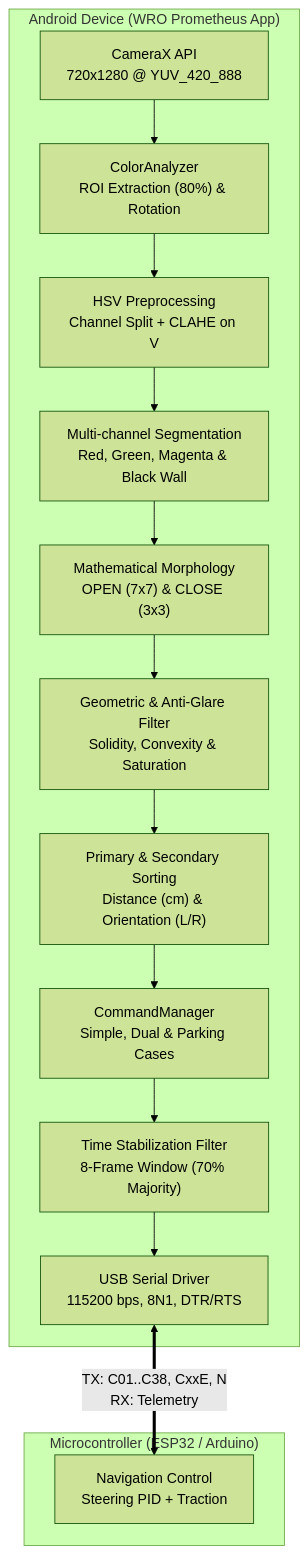
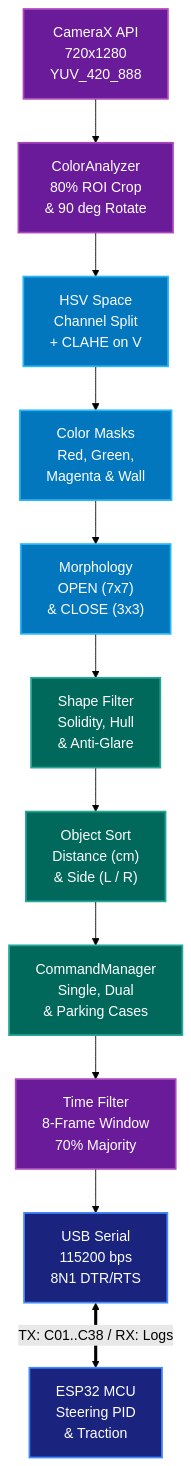
One commit to SamFlips/APP-WRO-PROMETHEUS-TEAM changed the first of 2 diagrams in README.md. Above: the diagram before and after it, drawn with Mermaid (forest theme). The commit also changed other lines of this file, not shown here.

````diff
--- a/README.md
+++ b/README.md
@@ -34,18 +30,30 @@
 ```mermaid
-flowchart TD
-    subgraph Android ["Android Device (WRO Prometheus App)"]
-        A["CameraX API<br/>720x1280 @ YUV_420_888"] --> B["ColorAnalyzer<br/>ROI Extraction (80%) & Rotation"]
-        B --> C["HSV Preprocessing<br/>Channel Split + CLAHE on V"]
-        C --> D["Multi-channel Segmentation<br/>Red, Green, Magenta & Black Wall"]
-        D --> E["Mathematical Morphology<br/>OPEN (7x7) & CLOSE (3x3)"]
-        E --> F["Geometric & Anti-Glare Filter<br/>Solidity, Convexity & Saturation"]
-        F --> G["Primary & Secondary Sorting<br/>Distance (cm) & Orientation (L/R)"]
-        G --> H["CommandManager<br/>Simple, Dual & Parking Cases"]
-        H --> I["Time Stabilization Filter<br/>8-Frame Window (70% Majority)"]
-        I --> J["USB Serial Driver<br/>115200 bps, 8N1, DTR/RTS"]
-    end
+graph TD
+    classDef purple fill:#6a1b9a,stroke:#ab47bc,stroke-width:2px,color:#fff;
+    classDef cyan fill:#0277bd,stroke:#29b6f6,stroke-width:2px,color:#fff;
+    classDef green fill:#00695c,stroke:#26a69a,stroke-width:2px,color:#fff;
+    classDef dark fill:#1a237e,stroke:#448aff,stroke-width:2px,color:#fff;
 
-    subgraph MCU ["Microcontroller (ESP32 / Arduino)"]
-        J <==>|"TX: C01..C38, CxxE, N<br/>RX: Telemetry"| K["Navigation Control<br/>Steering PID + Traction"]
-    end
+    A["CameraX API<br>720x1280<br>YUV_420_888"]:::purple
+    B["ColorAnalyzer<br>80% ROI Crop<br>& 90 deg Rotate"]:::purple
+    C["HSV Space<br>Channel Split<br>+ CLAHE on V"]:::cyan
+    D["Color Masks<br>Red, Green,<br>Magenta & Wall"]:::cyan
+    E["Morphology<br>OPEN (7x7)<br>& CLOSE (3x3)"]:::cyan
+    F["Shape Filter<br>Solidity, Hull<br>& Anti-Glare"]:::green
+    G["Object Sort<br>Distance (cm)<br>& Side (L / R)"]:::green
+    H["CommandManager<br>Single, Dual<br>& Parking Cases"]:::green
+    I["Time Filter<br>8-Frame Window<br>70% Majority"]:::purple
+    J["USB Serial<br>115200 bps<br>8N1 DTR/RTS"]:::dark
+    K["ESP32 MCU<br>Steering PID<br>& Traction"]:::dark
+
+    A --> B
+    B --> C
+    C --> D
+    D --> E
+    E --> F
+    F --> G
+    G --> H
+    H --> I
+    I --> J
+    J <==>|"TX: C01..C38 / RX: Logs"| K
 ```
````
